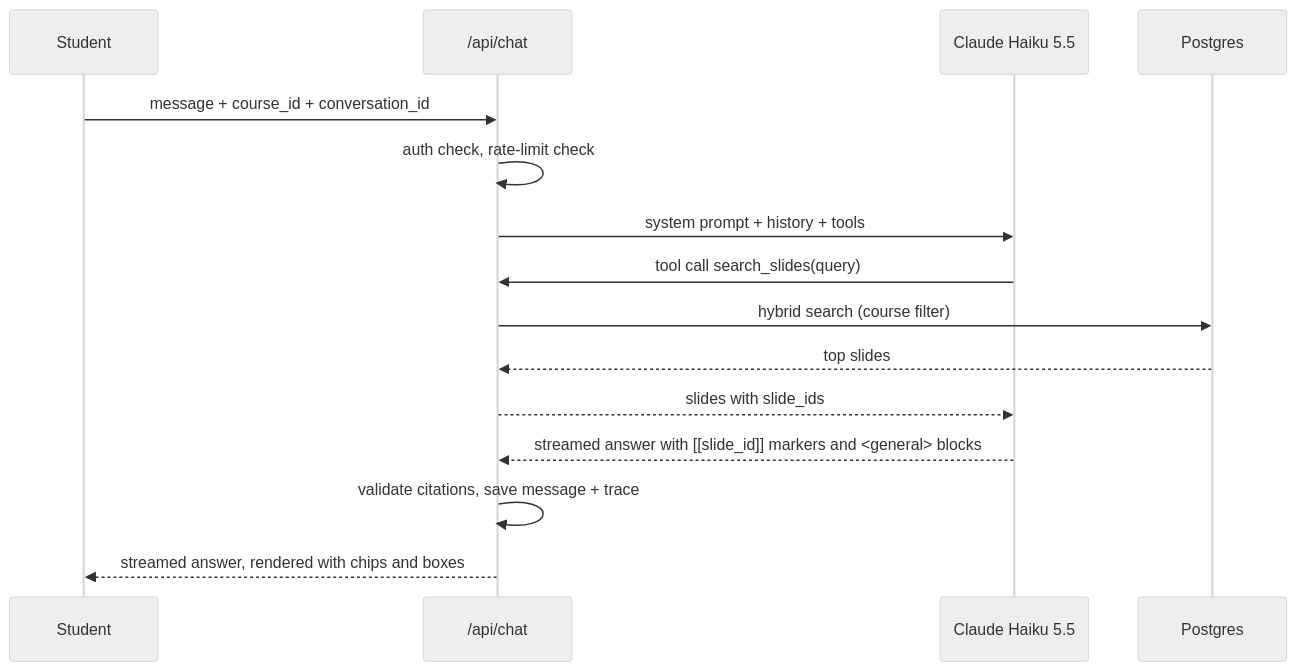
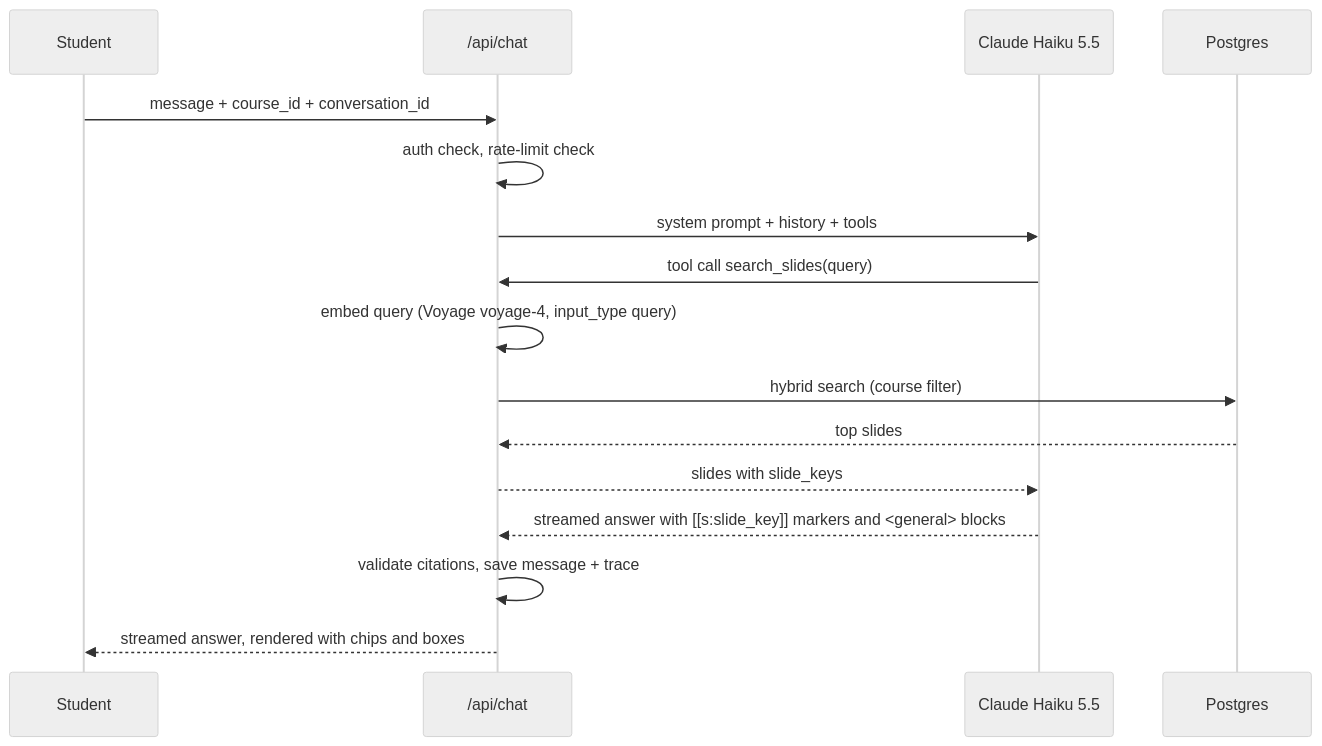
The fourth of 6 diagrams in PRD.md (Timmynathan/ask-your-slides), drawn with Mermaid (neutral theme) before and after one commit. The commit also changed other lines of this file and 7 other files, not shown here.

````diff
--- a/PRD.md
+++ b/PRD.md
@@ -326,18 +332,19 @@
 ```mermaid
 sequenceDiagram
     participant S as Student
     participant A as /api/chat
     participant M as Claude Haiku 5.5
     participant D as Postgres
 
     S->>A: message + course_id + conversation_id
     A->>A: auth check, rate-limit check
     A->>M: system prompt + history + tools
     M->>A: tool call search_slides(query)
+    A->>A: embed query (Voyage voyage-4, input_type query)
     A->>D: hybrid search (course filter)
     D-->>A: top slides
-    A-->>M: slides with slide_ids
-    M-->>A: streamed answer with [[slide_id]] markers and <general> blocks
+    A-->>M: slides with slide_keys
+    M-->>A: streamed answer with [[s:slide_key]] markers and <general> blocks
     A->>A: validate citations, save message + trace
     A-->>S: streamed answer, rendered with chips and boxes
 ```
````
